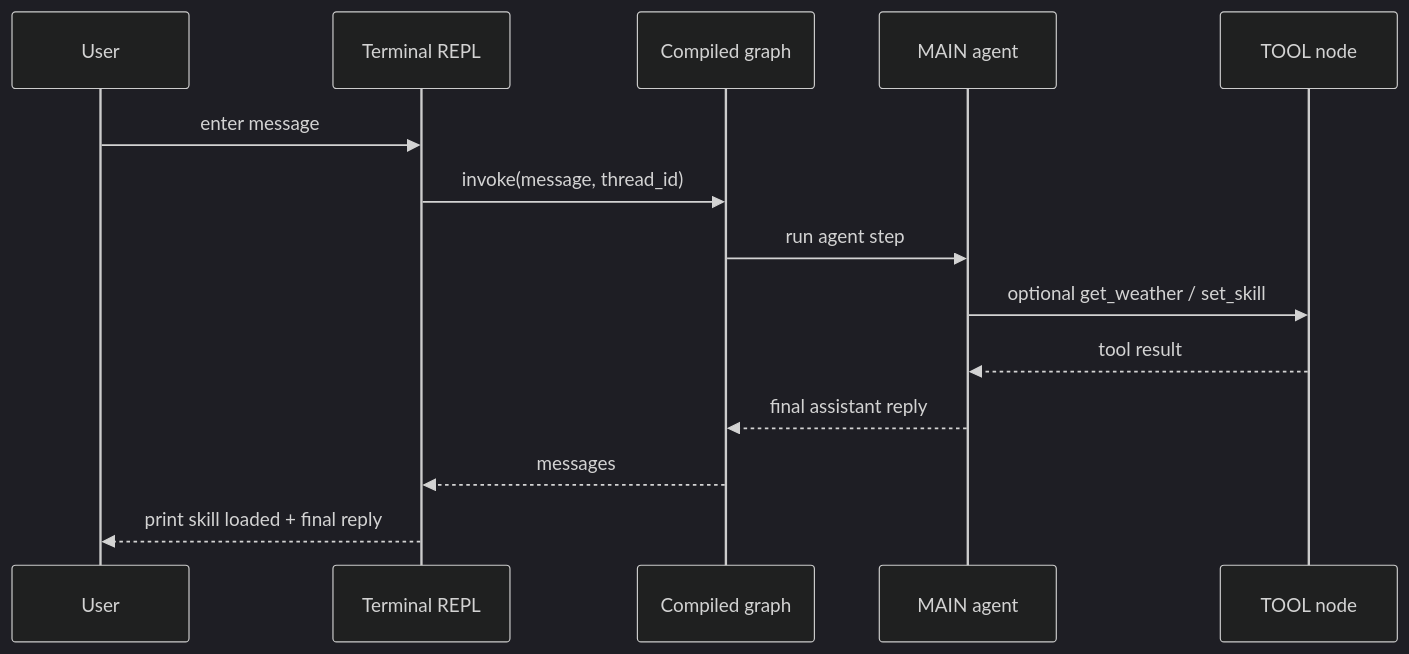
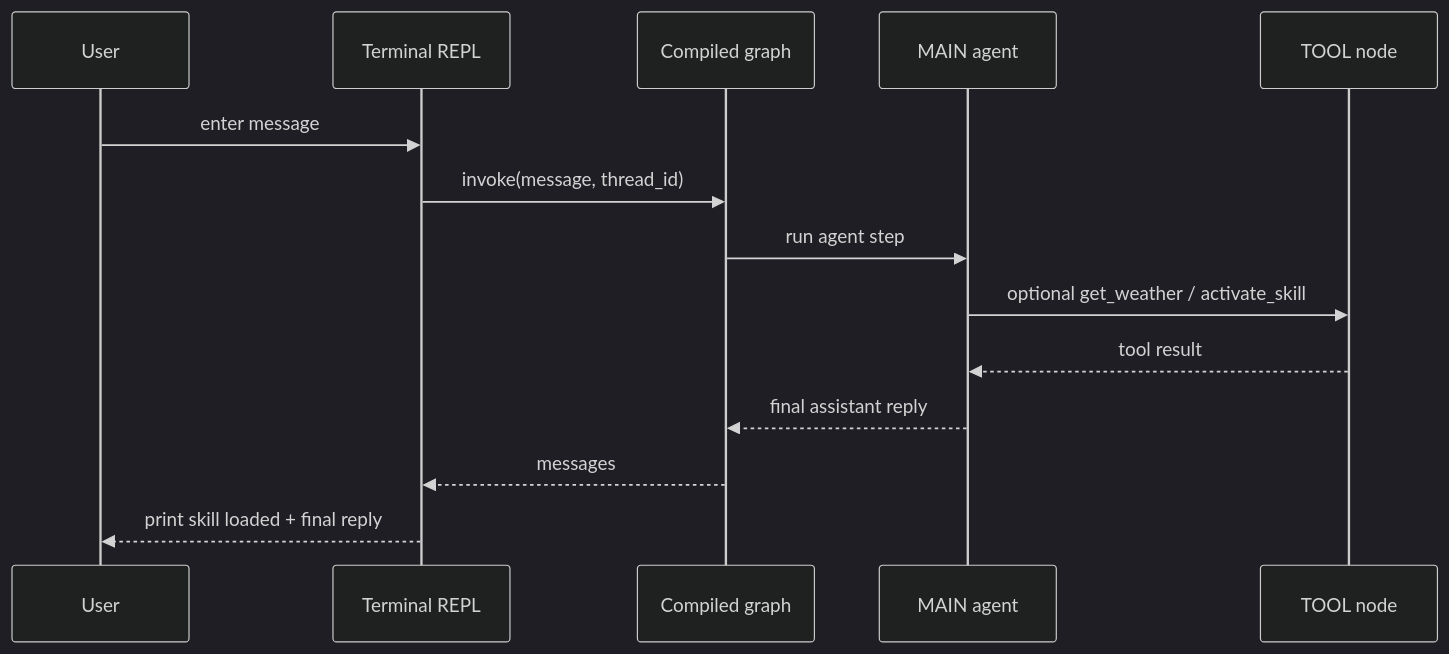
Before and after one commit to 10xHub/agentflow-docs: the second of 3 diagrams in docs/tutorials/from-examples/skills-chat.md, drawn with Mermaid (dark theme). The commit also changed other lines of this file and 41 other files, not shown here.

````diff
--- a/docs/tutorials/from-examples/skills-chat.md
+++ b/docs/tutorials/from-examples/skills-chat.md
@@ -108,17 +108,17 @@
 ```mermaid
 sequenceDiagram
     participant User
     participant REPL as Terminal REPL
     participant Graph as Compiled graph
     participant Main as MAIN agent
     participant Tool as TOOL node
 
     User->>REPL: enter message
     REPL->>Graph: invoke(message, thread_id)
     Graph->>Main: run agent step
-    Main->>Tool: optional get_weather / set_skill
+    Main->>Tool: optional get_weather / activate_skill
     Tool-->>Main: tool result
     Main-->>Graph: final assistant reply
     Graph-->>REPL: messages
     REPL-->>User: print skill loaded + final reply
 ```
````
